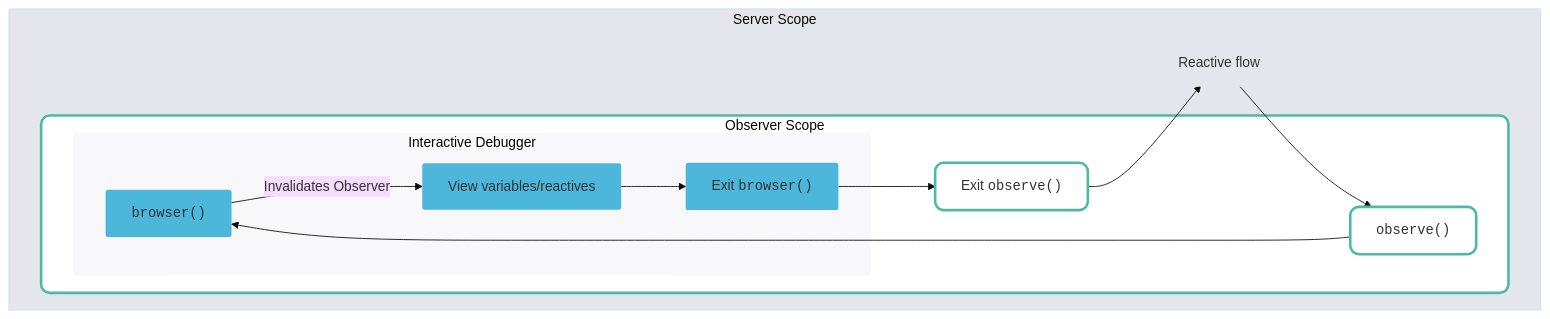
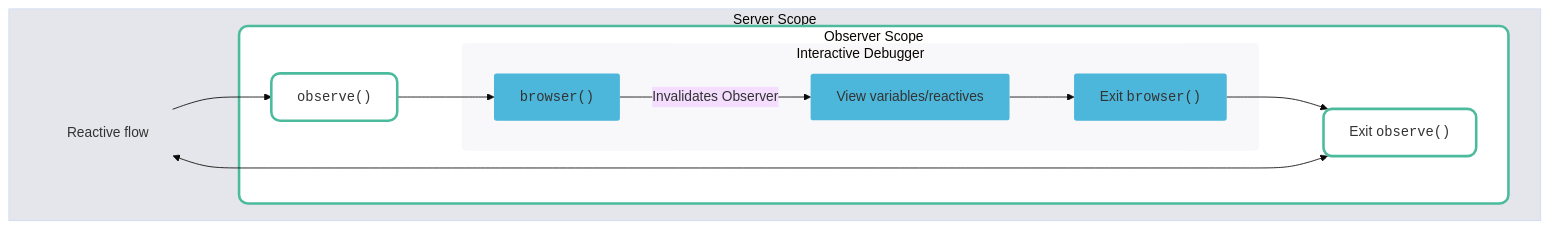
The second of 2 diagrams in debugger.qmd (mjfrigaard/shiny-app-pkgs), drawn with Mermaid before and after one commit. The commit also changed other lines of this file and 65 other files, not shown here.

````diff
--- a/debugger.qmd
+++ b/debugger.qmd
@@ -169,30 +126,30 @@
 ```{mermaid}
 %%| fig-width: 5
 %%| fig-height: 6
 %%| fig-align: center
 %%{init: {'theme': 'base', 'themeVariables': { 'fontFamily': 'Inconsolata'}}}%%
 flowchart TD
 subgraph Function["Server Scope"]
     Fun["Reactive flow"] --> Obs["<code>observe()</code>"]
     subgraph Observer["Observer Scope"]
         Obs --> Browser["<code>browser()</code>"]
         subgraph Debugger["Interactive Debugger"]
         Browser -- Invalidates Observer --> View["View variables/reactives"]
         View --> ExitBrowser["Exit <code>browser()</code>"]
         end
         ExitBrowser --> ExitObserver["Exit <code>observe()</code>"]
     end
-    ExitObserver --> Fun
+    Fun <--> ExitObserver
 end
 
 style Function fill:#E5E6EB
 style Fun fill:none,stroke:#E5E6EB,stroke-width:3px,rx:10,ry:10
 style Debugger fill:#F8F8FA,stroke:none,rx:5,ry:5
 style Observer fill:#FFFFFF,stroke:#4CBB9D,stroke-width:3px,rx:10,ry:10
 style Browser fill:#4CB7DB,stroke:none,rx:3,ry:3
 style View fill:#4CB7DB,stroke:none,rx:3,ry:3
 style ExitBrowser fill:#4CB7DB,stroke:none,rx:3,ry:3
 style Obs fill:#FFFFFF,stroke:#4CBB9D,stroke-width:3px,rx:10,ry:10
 style ExitObserver fill:#FFFFFF,stroke:#4CBB9D,stroke-width:3px,rx:10,ry:10
 
 ```
````
